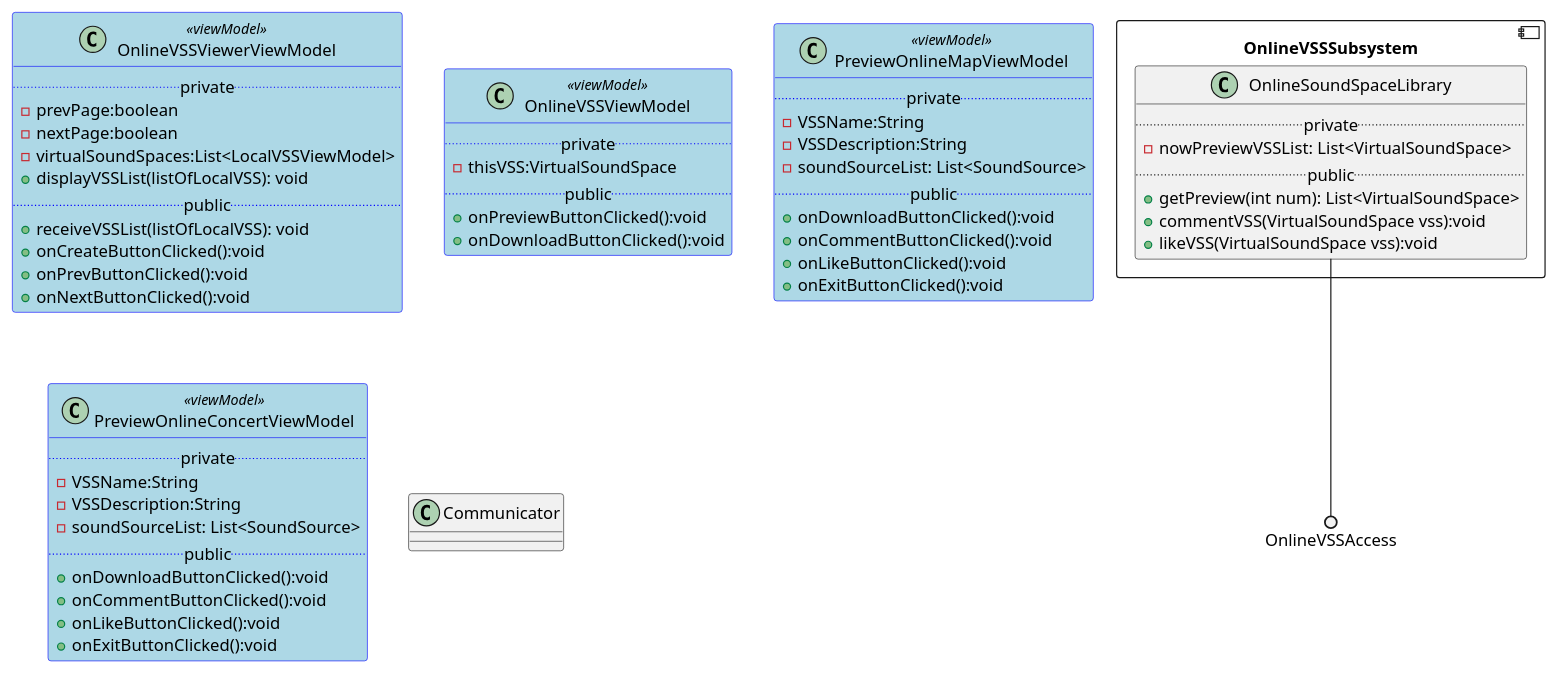
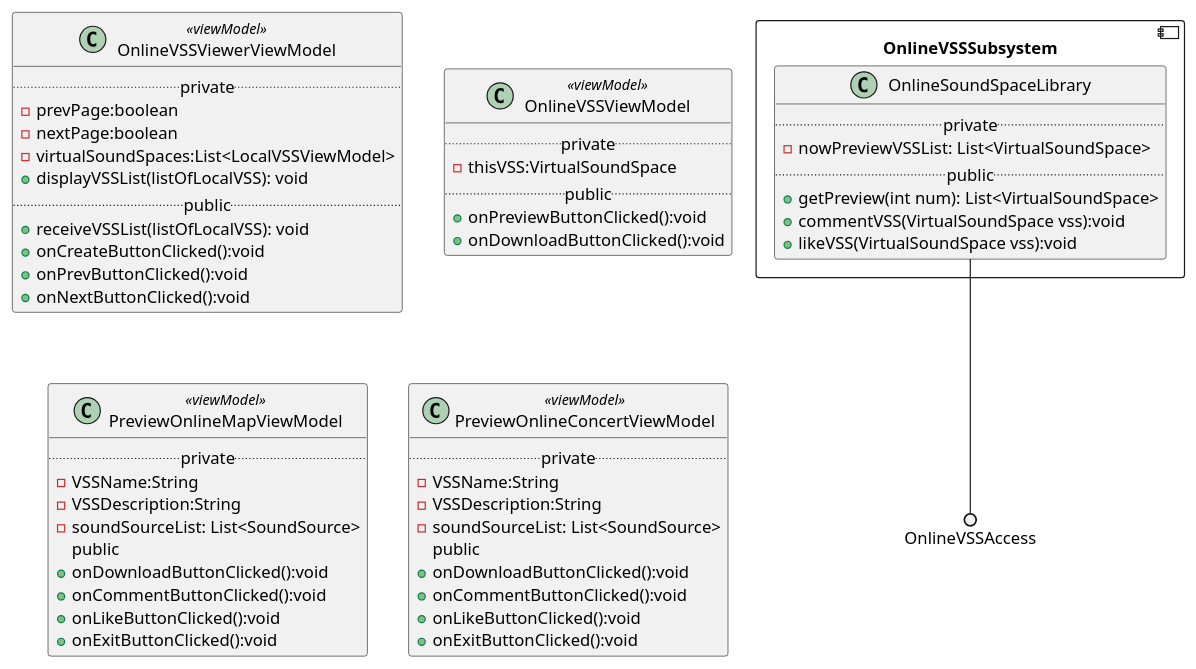
The fourth of 14 diagrams in 设计/软件架构文档.md (kpp19920121/doc), drawn with PlantUML before and after one commit. The commit also changed other lines of this file, not shown here.

````diff
--- a/设计/软件架构文档.md
+++ b/设计/软件架构文档.md
@@ -305,71 +286,60 @@
 ```PlantUML
 @startuml Diagrams/OnlineVSSSubsystemClassDiagram
-    skinparam class {
-        BackgroundColor<<viewModel>> LightBlue
-        BorderColor<<viewModel>> Blue
-        BackgroundColor<<control>> LightGray
-        BorderColor<<control>> Red
-        BackgroundColor<<entity>> LightYellow
-        BorderColor<<entity>> Yellow
+component OnlineVSSSubsystem {
+    class OnlineSoundSpaceLibrary {
+    ..private..
+    - nowPreviewVSSList: List<VirtualSoundSpace>
+    ..public..
+    + getPreview(int num): List<VirtualSoundSpace>
+    + commentVSS(VirtualSoundSpace vss):void
+    + likeVSS(VirtualSoundSpace vss):void
     }
+}
 
-    component OnlineVSSSubsystem {
-        class OnlineSoundSpaceLibrary {
-        ..private..
-        - nowPreviewVSSList: List<VirtualSoundSpace>
-        ..public..
-        + getPreview(int num): List<VirtualSoundSpace>
-        + commentVSS(VirtualSoundSpace vss):void
-        + likeVSS(VirtualSoundSpace vss):void
-        }
-    }
+class OnlineVSSViewerViewModel <<viewModel>> {
+  ..private..
+  -prevPage:boolean
+  -nextPage:boolean
+  -virtualSoundSpaces:List<LocalVSSViewModel>
+	+displayVSSList(listOfLocalVSS): void
+  ..public..
+	+receiveVSSList(listOfLocalVSS): void
+  +onCreateButtonClicked():void
+  +onPrevButtonClicked():void
+  +onNextButtonClicked():void
+}
 
-    class OnlineVSSViewerViewModel <<viewModel>> {
-    ..private..
-    -prevPage:boolean
-    -nextPage:boolean
-    -virtualSoundSpaces:List<LocalVSSViewModel>
-        +displayVSSList(listOfLocalVSS): void
-    ..public..
-        +receiveVSSList(listOfLocalVSS): void
-    +onCreateButtonClicked():void
-    +onPrevButtonClicked():void
-    +onNextButtonClicked():void
-    }
+class OnlineVSSViewModel <<viewModel>> {
+  ..private..
+  -thisVSS:VirtualSoundSpace
+  ..public..
+  +onPreviewButtonClicked():void
+  +onDownloadButtonClicked():void
+}
 
-    class OnlineVSSViewModel <<viewModel>> {
-    ..private..
-    -thisVSS:VirtualSoundSpace
-    ..public..
-    +onPreviewButtonClicked():void
-    +onDownloadButtonClicked():void
-    }
-
-    class PreviewOnlineMapViewModel <<viewModel>> {
-        ..private..
-    - VSSName:String
-    - VSSDescription:String
-        - soundSourceList: List<SoundSource>
-    ..public..
-    +onDownloadButtonClicked():void
-    +onCommentButtonClicked():void
-    +onLikeButtonClicked():void
-    +onExitButtonClicked():void
-    }
-    class PreviewOnlineConcertViewModel <<viewModel>> {
-        ..private..
-    - VSSName:String
-    - VSSDescription:String
-        - soundSourceList: List<SoundSource>
-    ..public..
-    +onDownloadButtonClicked():void
-    +onCommentButtonClicked():void
-    +onLikeButtonClicked():void
-    +onExitButtonClicked():void
-    }
-class Communicator{
+class PreviewOnlineMapViewModel <<viewModel>> {
+	..private..
+  - VSSName:String
+  - VSSDescription:String
+	- soundSourceList: List<SoundSource>
+  ..public..
+  +onDownloadButtonClicked():void
+  +onCommentButtonClicked():void
+  +onLikeButtonClicked():void
+  +onExitButtonClicked():void
+}
+class PreviewOnlineConcertViewModel <<viewModel>> {
+	..private..
+  - VSSName:String
+  - VSSDescription:String
+	- soundSourceList: List<SoundSource>
+  ..public..
+  +onDownloadButtonClicked():void
+  +onCommentButtonClicked():void
+  +onLikeButtonClicked():void
+  +onExitButtonClicked():void
 }
 
 OnlineSoundSpaceLibrary --() OnlineVSSAccess
 @enduml
 ```
````
